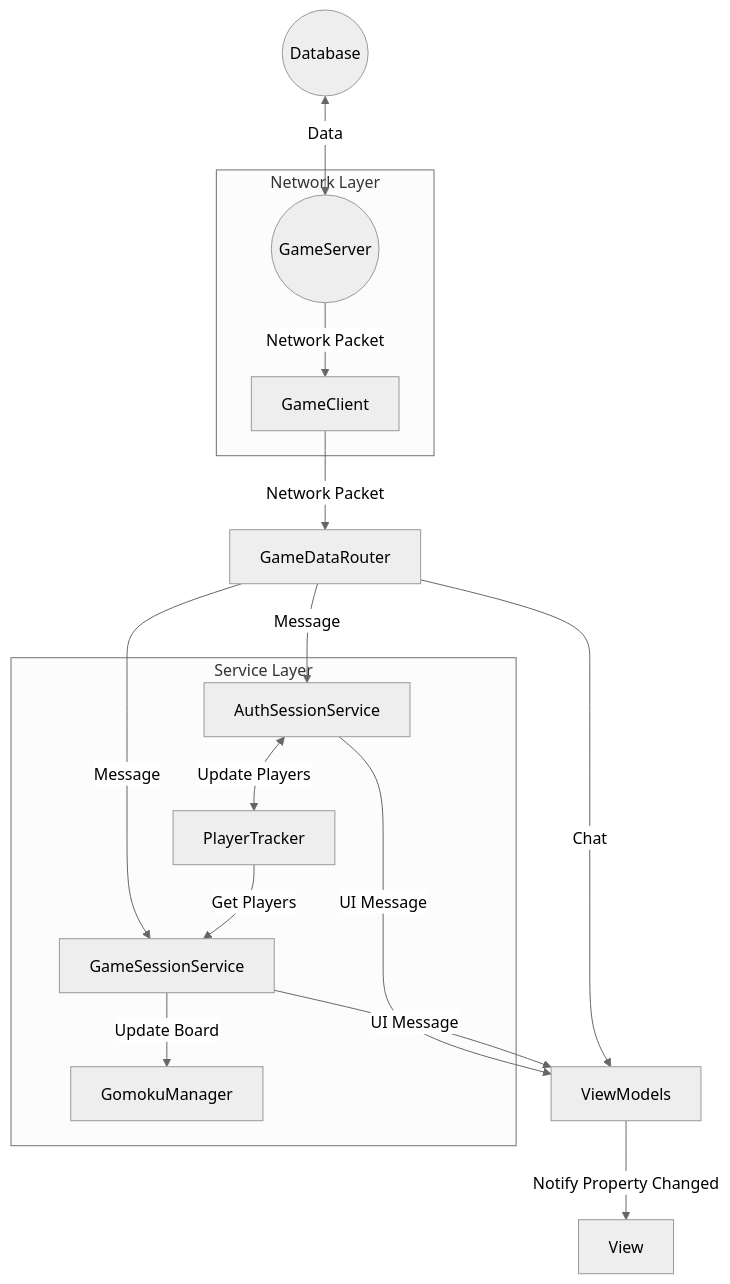
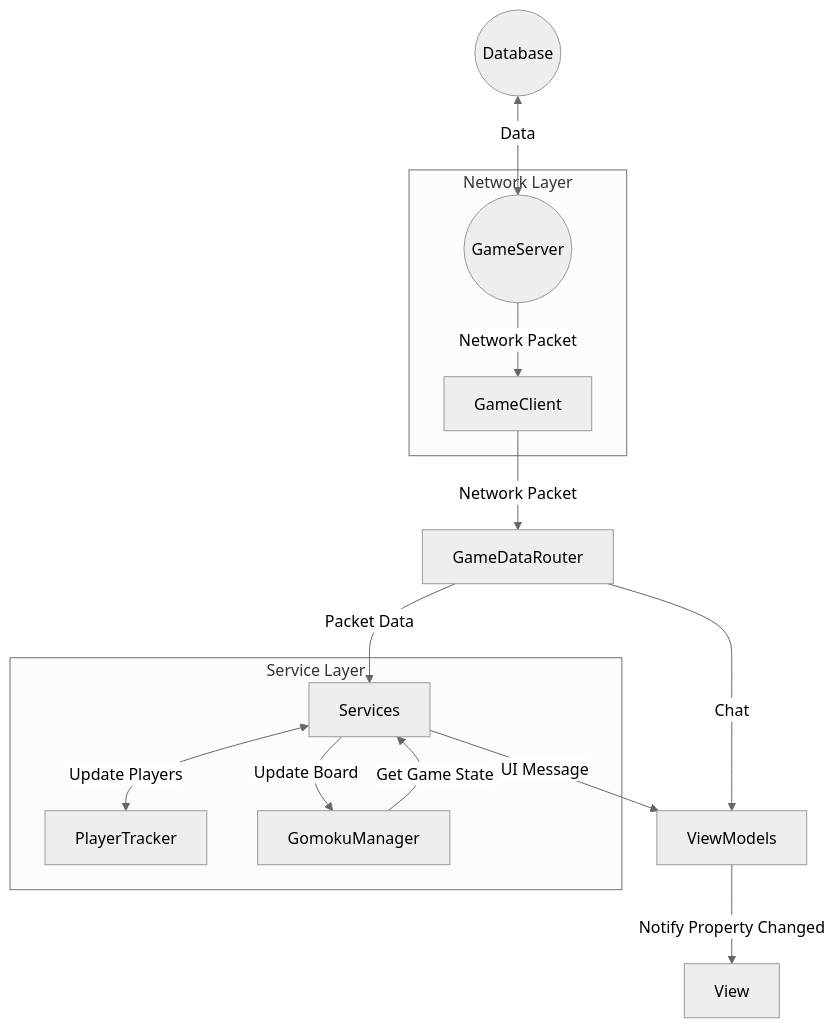
Before and after one commit to laoraid/gomoku_wpf: the first of 2 diagrams in README.md, drawn with Mermaid (neutral theme). The commit also changed other lines of this file and 141 other files, not shown here.

````diff
--- a/README.md
+++ b/README.md
@@ -57,30 +65,28 @@
 ```mermaid
 graph TD
     %% DB 처리
     DB((Database)) -- "Data" <--> Server((GameServer))
 
     subgraph Network [Network Layer]
         %% 서버 수신
         Server -- "Network Packet" --> Client[GameClient]
     
     end
     %% 클라이언트에서 서비스로 분산
     Client -- "Network Packet" --> DataRouter[GameDataRouter]
-    DataRouter -- "Message" --> AuthSvc[AuthSessionService]
-    DataRouter -- "Message" --> GameSvc[GameSessionService]
+    DataRouter -- "Packet Data" --> Services[Services]
     DataRouter -- "Chat" --> VM[ViewModels]
     
     %% 서비스 내부 처리
-    subgraph Services [Service Layer]
-        AuthSvc -- "Update Players" <--> Tracker[PlayerTracker]
-        GameSvc -- "Update Board" --> Manager[GomokuManager]
-        Tracker -- "Get Players" --> GameSvc
+    subgraph ServicesLayer [Service Layer]
+        Services -- "Update Players" <--> Tracker[PlayerTracker]
+        Services -- "Update Board" --> Manager[GomokuManager]
+        Manager -- "Get Game State" --> Services
     end
     
     %% 서비스에서 VM으로 알림
-    AuthSvc -- "UI Message" --> VM
-    GameSvc -- "UI Message" --> VM
+    Services -- "UI Message" --> VM
     
     %% VM에서 UI 갱신
     VM -- "Notify Property Changed" --> UI[View]
 ```
````
